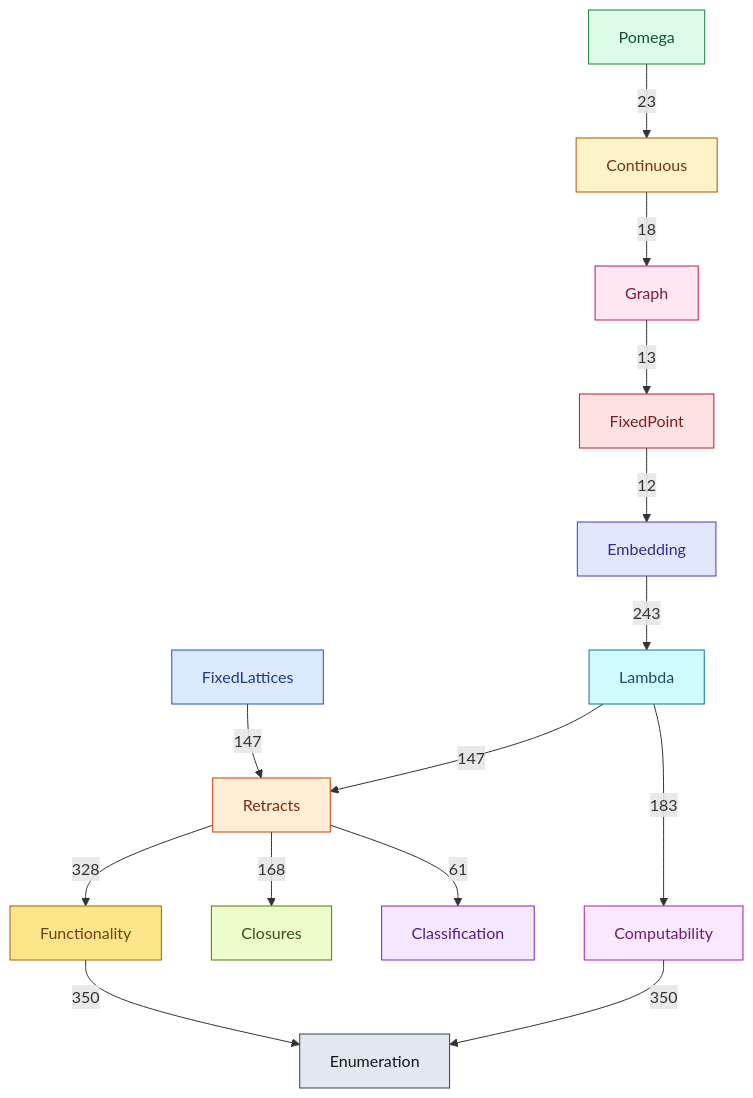
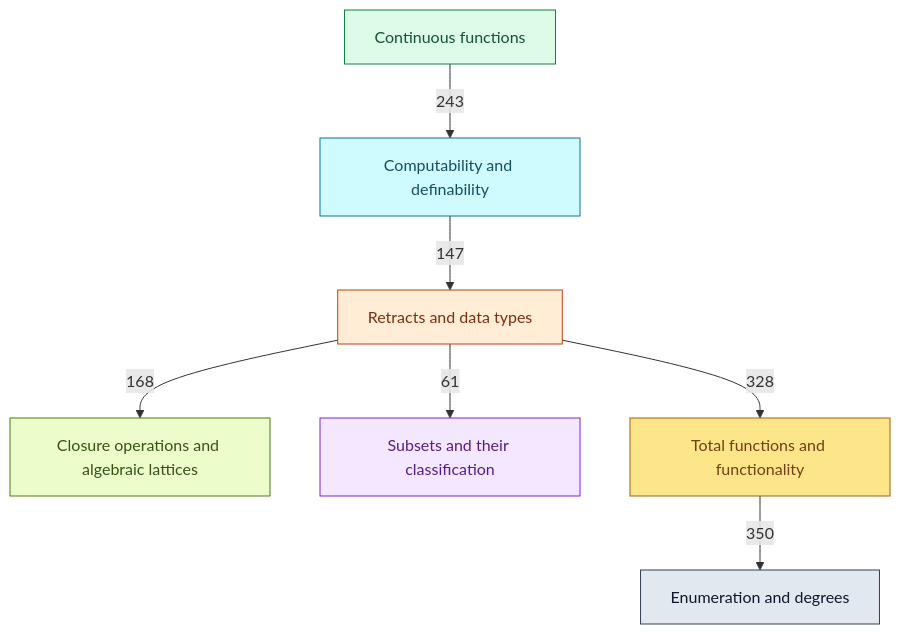
The diagram in DomainTheory/DataTypesAsLattices/1976_DataTypes.mermaid (catskillsresearch/DomainTheory), drawn with Mermaid before and after one commit. The commit also changed 109 other files, not shown here.

Commit message:
File the 1976 notes by construction and by Scott's sections, so each diagram is the imports among those notes.

```diff
--- a/DomainTheory/DataTypesAsLattices/1976_DataTypes.mermaid
+++ b/DomainTheory/DataTypesAsLattices/1976_DataTypes.mermaid
@@ -1,58 +1,32 @@
-%% Each box is one folder under DataTypesAsLattices.
-%% The arrowhead points at the folder that imports. The label is how many direct imports.
+%% Data types as lattices.
+%% Each box is a section. Arrowhead on the importer.
+%% The number is a direct-import count.
+%% An arrow already implied by a longer path is omitted.
 flowchart TB
-  N0["FixedLattices"]
-  N1["Pomega"]
-  N2["Continuous"]
-  N3["Graph"]
-  N4["FixedPoint"]
-  N5["Embedding"]
-  N6["Lambda"]
-  N7["Computability"]
-  N8["Retracts"]
-  N9["Classification"]
-  N10["Closures"]
-  N11["Functionality"]
-  N12["Enumeration"]
-
-  N1 -->|"23"| N2
-  N2 -->|"18"| N3
-  N3 -->|"13"| N4
-  N4 -->|"12"| N5
-  N5 -->|"243"| N6
-  N6 -->|"183"| N7
-  N0 -->|"147"| N8
-  N6 -->|"147"| N8
-  N8 -->|"61"| N9
-  N8 -->|"168"| N10
-  N8 -->|"328"| N11
-  N7 -->|"350"| N12
-  N11 -->|"350"| N12
-
-  classDef c0 fill:#dbeafe,stroke:#1d4ed8,color:#1e3a8a
+  CONT["Continuous functions"]
+  COMP["Computability and definability"]
+  RET["Retracts and data types"]
+  CLO["Closure operations and algebraic lattices"]
+  CLASS["Subsets and their classification"]
+  FUN["Total functions and functionality"]
+  ENUM["Enumeration and degrees"]
+  CONT -->|"243"| COMP
+  COMP -->|"147"| RET
+  RET -->|"168"| CLO
+  RET -->|"61"| CLASS
+  RET -->|"328"| FUN
+  FUN -->|"350"| ENUM
   classDef c1 fill:#dcfce7,stroke:#15803d,color:#14532d
-  classDef c2 fill:#fef3c7,stroke:#b45309,color:#78350f
-  classDef c3 fill:#fce7f3,stroke:#be185d,color:#831843
-  classDef c4 fill:#fee2e2,stroke:#b91c1c,color:#7f1d1d
-  classDef c5 fill:#e0e7ff,stroke:#4338ca,color:#312e81
-  classDef c6 fill:#cffafe,stroke:#0e7490,color:#164e63
-  classDef c7 fill:#fae8ff,stroke:#a21caf,color:#701a75
-  classDef c8 fill:#ffedd5,stroke:#c2410c,color:#7c2d12
-  classDef c9 fill:#f3e8ff,stroke:#7e22ce,color:#581c87
-  classDef c10 fill:#ecfccb,stroke:#4d7c0f,color:#365314
-  classDef c11 fill:#fde68a,stroke:#a16207,color:#713f12
-  classDef c12 fill:#e2e8f0,stroke:#334155,color:#0f172a
-
-  class N0 c0
-  class N1 c1
-  class N2 c2
-  class N3 c3
-  class N4 c4
-  class N5 c5
-  class N6 c6
-  class N7 c7
-  class N8 c8
-  class N9 c9
-  class N10 c10
-  class N11 c11
-  class N12 c12
+  classDef c2 fill:#cffafe,stroke:#0e7490,color:#164e63
+  classDef c3 fill:#ffedd5,stroke:#c2410c,color:#7c2d12
+  classDef c4 fill:#ecfccb,stroke:#4d7c0f,color:#365314
+  classDef c5 fill:#f3e8ff,stroke:#7e22ce,color:#581c87
+  classDef c6 fill:#fde68a,stroke:#a16207,color:#713f12
+  classDef c7 fill:#e2e8f0,stroke:#334155,color:#0f172a
+  class CONT c1
+  class COMP c2
+  class RET c3
+  class CLO c4
+  class CLASS c5
+  class FUN c6
+  class ENUM c7
```
